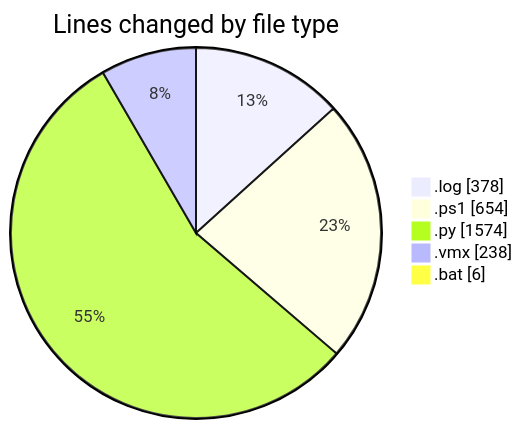
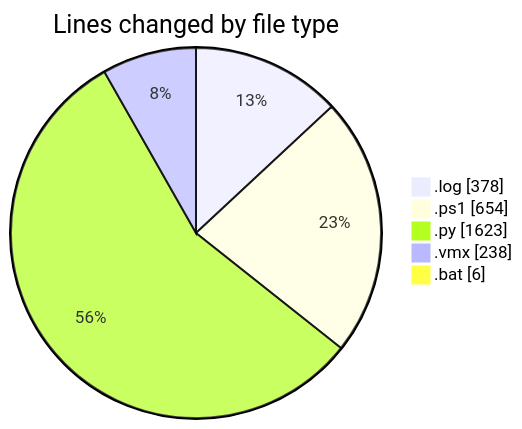
Before and after one commit to shibass792/code-tracking: the first of 2 diagrams in 2026-07-08/twenty_versions_aminor/README.md, drawn with Mermaid. The commit also changed other lines of this file and 1 other file, not shown here.

````diff
--- a/2026-07-08/twenty_versions_aminor/README.md
+++ b/2026-07-08/twenty_versions_aminor/README.md
@@ -28,9 +29,9 @@
 ```mermaid
 pie showData
 title Lines changed by file type
 ".log" : 378
 ".ps1" : 654
-".py" : 1574
+".py" : 1623
 ".vmx" : 238
 ".bat" : 6
 ```
````
